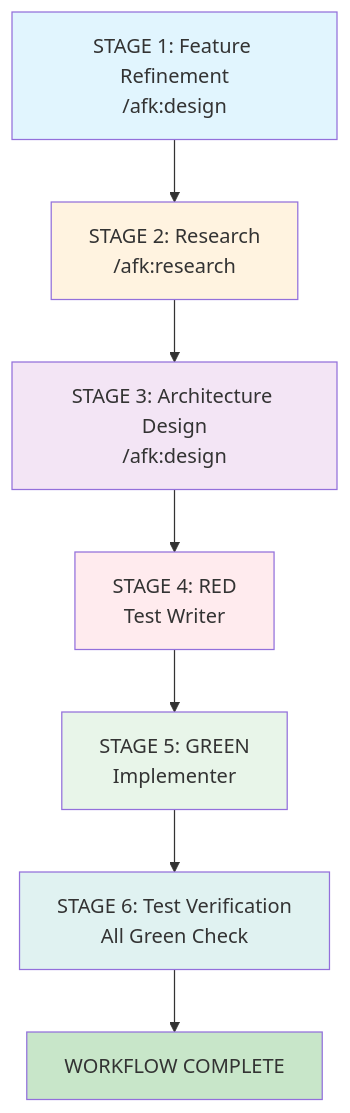
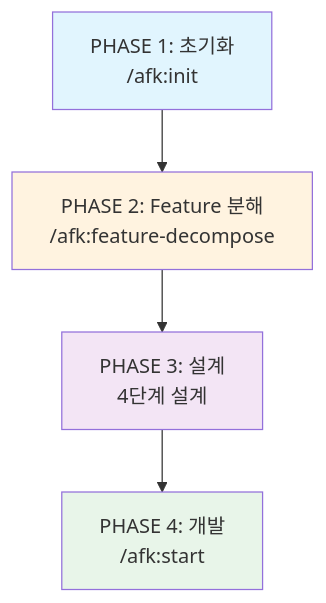
One commit to robinseo/afk-mod changed the first of 8 diagrams in docs/workflow.md. Above: the diagram before and after it, drawn with Mermaid. The commit also changed other lines of this file and 11 other files, not shown here.

````diff
--- a/docs/workflow.md
+++ b/docs/workflow.md
@@ -12,17 +9,11 @@
 ```mermaid
 flowchart TD
-    A["STAGE 1: Feature Refinement<br/>/afk:design"] --> B["STAGE 2: Research<br/>/afk:research"]
-    B --> C["STAGE 3: Architecture Design<br/>/afk:design"]
-    C --> D["STAGE 4: RED<br/>Test Writer"]
-    D --> E["STAGE 5: GREEN<br/>Implementer"]
-    E --> F["STAGE 6: Test Verification<br/>All Green Check"]
-    F --> G[WORKFLOW COMPLETE]
+    A["PHASE 1: 초기화<br/>/afk:init"] --> B["PHASE 2: Feature 분해<br/>/afk:feature-decompose"]
+    B --> C["PHASE 3: 설계<br/>4단계 설계"]
+    C --> D["PHASE 4: 개발<br/>/afk:start"]
 
     style A fill:#e1f5fe
     style B fill:#fff3e0
     style C fill:#f3e5f5
-    style D fill:#ffebee
-    style E fill:#e8f5e9
-    style F fill:#e0f2f1
-    style G fill:#c8e6c9
+    style D fill:#e8f5e9
 ```
````
